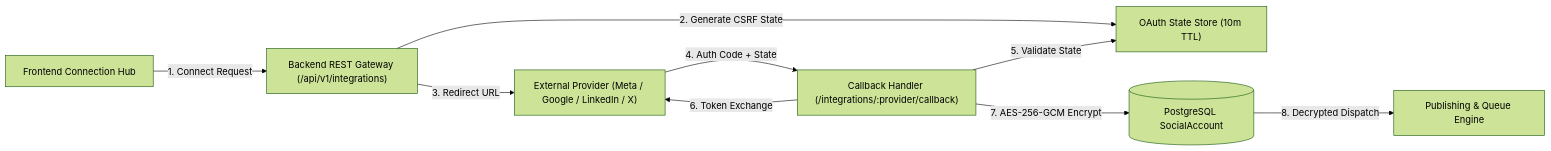
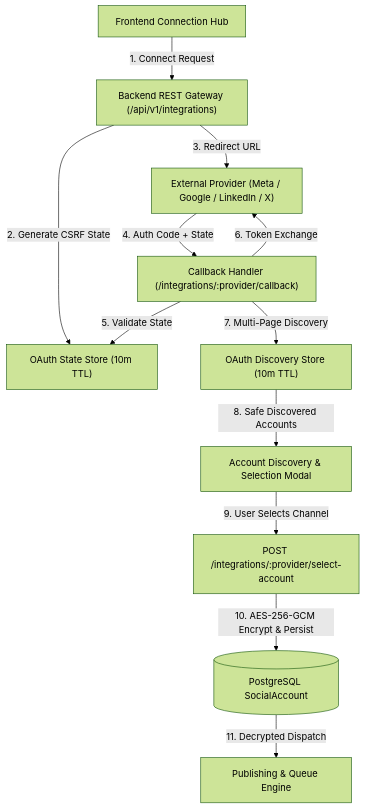
The diagram in docs/integrations.md (rkhero01/antigravity-agency-platform), drawn with Mermaid (forest theme) before and after one commit. The commit also changed other lines of this file and 15 other files, not shown here.

Commit message:
feat(integrations): implement real oauth connection flow and account discovery

````diff
--- a/docs/integrations.md
+++ b/docs/integrations.md
@@ -7,11 +7,14 @@
 ```mermaid
-flowchart LR
+flowchart TD
     ClientApp["Frontend Connection Hub"] -->|1. Connect Request| BackendAPI["Backend REST Gateway (/api/v1/integrations)"]
     BackendAPI -->|2. Generate CSRF State| StateStore["OAuth State Store (10m TTL)"]
     BackendAPI -->|3. Redirect URL| Provider["External Provider (Meta / Google / LinkedIn / X)"]
     Provider -->|4. Auth Code + State| CallbackHandler["Callback Handler (/integrations/:provider/callback)"]
     CallbackHandler -->|5. Validate State| StateStore
     CallbackHandler -->|6. Token Exchange| Provider
-    CallbackHandler -->|7. AES-256-GCM Encrypt| Database[(PostgreSQL SocialAccount)]
-    Database -->|8. Decrypted Dispatch| PublishingEngine["Publishing & Queue Engine"]
+    CallbackHandler -->|7. Multi-Page Discovery| DiscoveryStore["OAuth Discovery Store (10m TTL)"]
+    DiscoveryStore -->|8. Safe Discovered Accounts| AccountSelectionUI["Account Discovery & Selection Modal"]
+    AccountSelectionUI -->|9. User Selects Channel| SelectAccountAPI["POST /integrations/:provider/select-account"]
+    SelectAccountAPI -->|10. AES-256-GCM Encrypt & Persist| Database[(PostgreSQL SocialAccount)]
+    Database -->|11. Decrypted Dispatch| PublishingEngine["Publishing & Queue Engine"]
 ```
````
